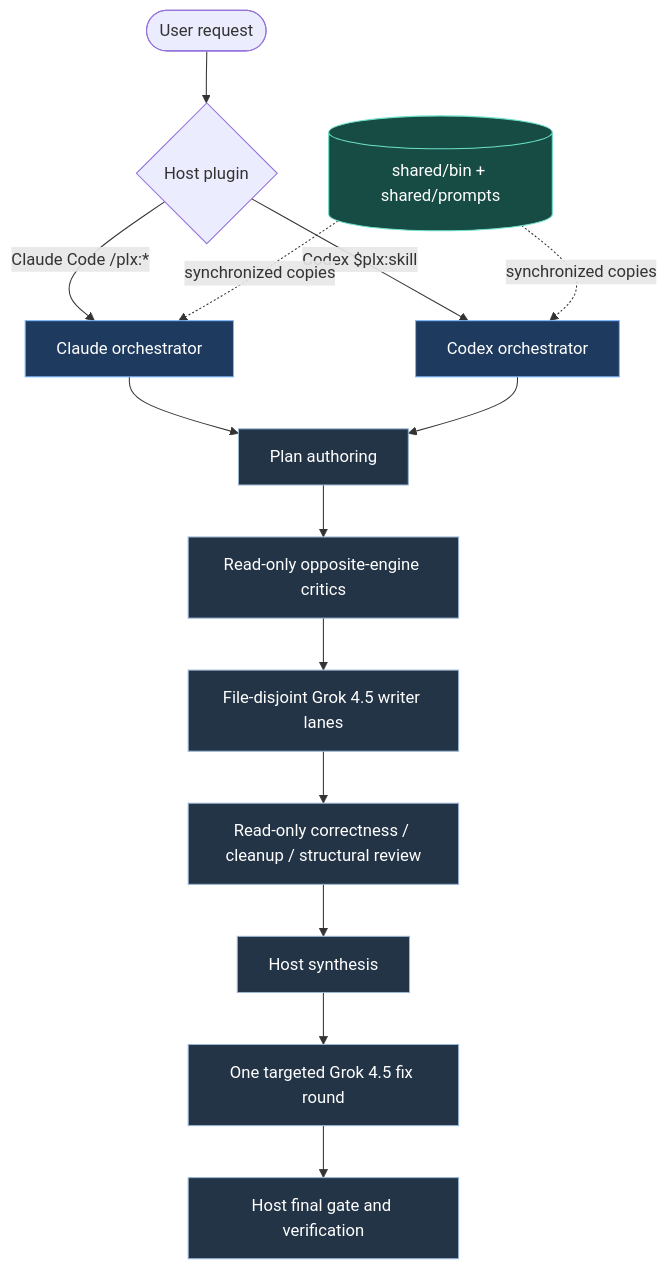
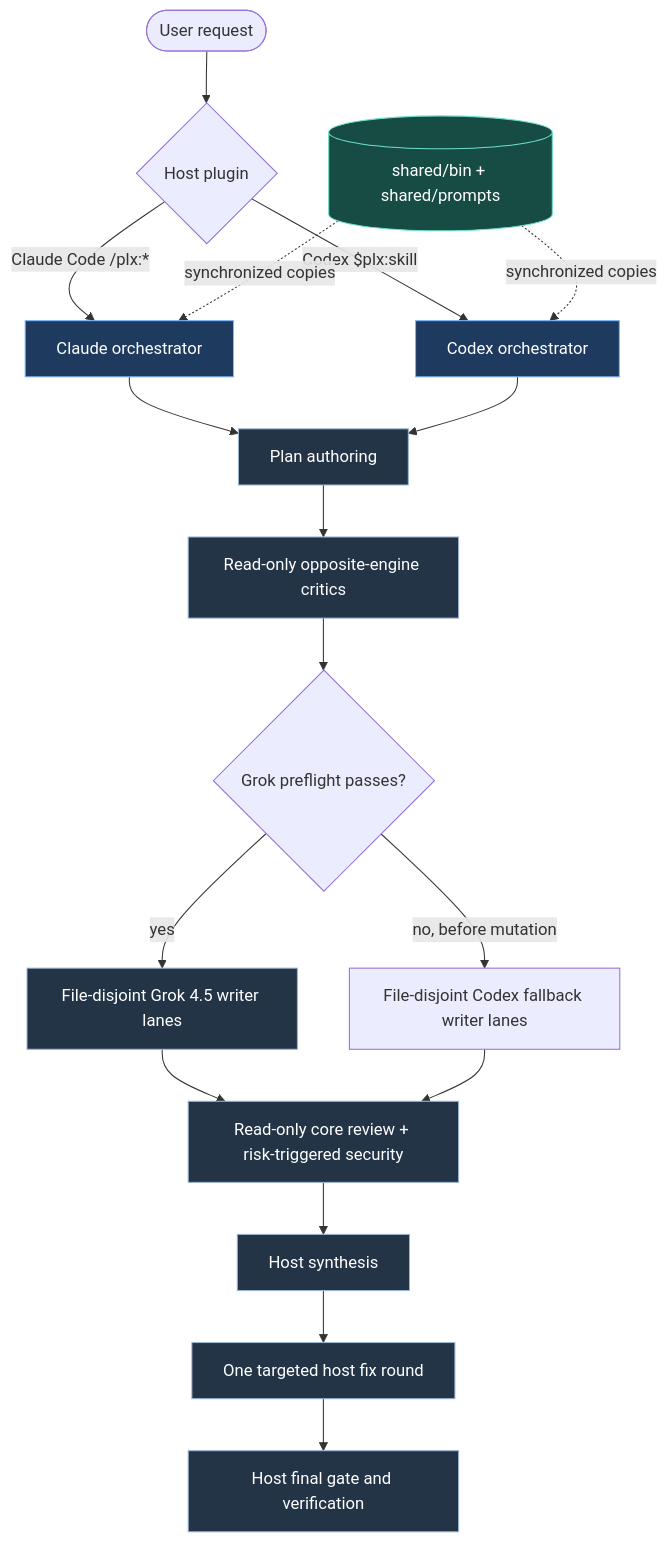
One commit to dshap474/parallax changed the diagram in docs/diagrams/plx_flow.mmd. Above: the diagram before and after it, drawn with Mermaid. The commit also changed 50 other files, not shown here.

```diff
--- a/docs/diagrams/plx_flow.mmd
+++ b/docs/diagrams/plx_flow.mmd
@@ -1,25 +1,28 @@
 %% Parallax dual-host pipeline overview.
 %% Usage: render with any Mermaid flowchart-compatible renderer.
 flowchart TD
     U([User request]) --> H{Host plugin}
     H -->|Claude Code /plx:*| C[Claude orchestrator]
     H -->|Codex $plx:skill| X[Codex orchestrator]
 
     C --> P[Plan authoring]
     X --> P
     P --> CR[Read-only opposite-engine critics]
-    CR --> B[File-disjoint Grok 4.5 writer lanes]
-    B --> R[Read-only correctness / cleanup / structural review]
+    CR --> PF{Grok preflight passes?}
+    PF -->|yes| B[File-disjoint Grok 4.5 writer lanes]
+    PF -->|no, before mutation| CF[File-disjoint Codex fallback writer lanes]
+    B --> R[Read-only core review + risk-triggered security]
+    CF --> R
     R --> S[Host synthesis]
-    S --> F[One targeted Grok 4.5 fix round]
+    S --> F[One targeted host fix round]
     F --> G[Host final gate and verification]
 
     SB[(shared/bin + shared/prompts)] -. synchronized copies .-> C
     SB -. synchronized copies .-> X
 
     classDef host fill:#1e3a5f,stroke:#78b7ff,color:#fff
     classDef lane fill:#243447,stroke:#9ab6d3,color:#fff
     classDef shared fill:#174c45,stroke:#6de0c9,color:#fff
     class C,X host
     class P,CR,B,R,S,F,G lane
     class SB shared
```
